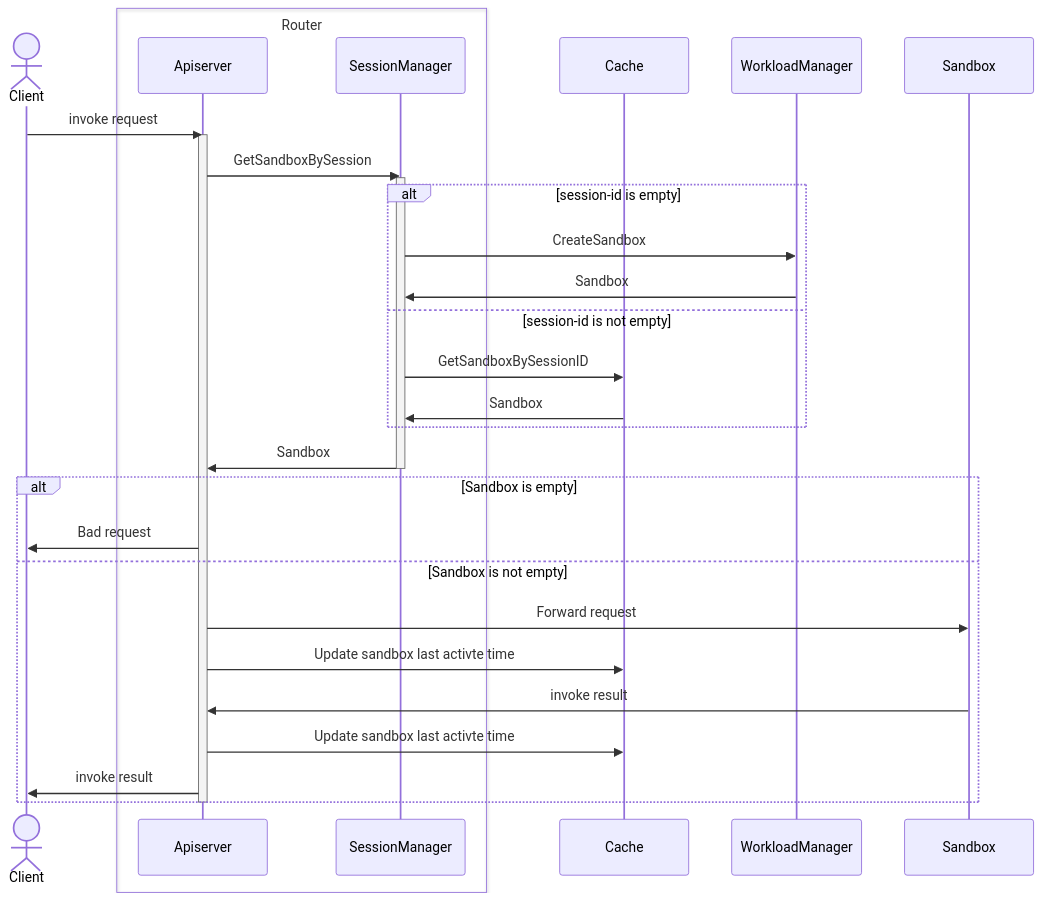
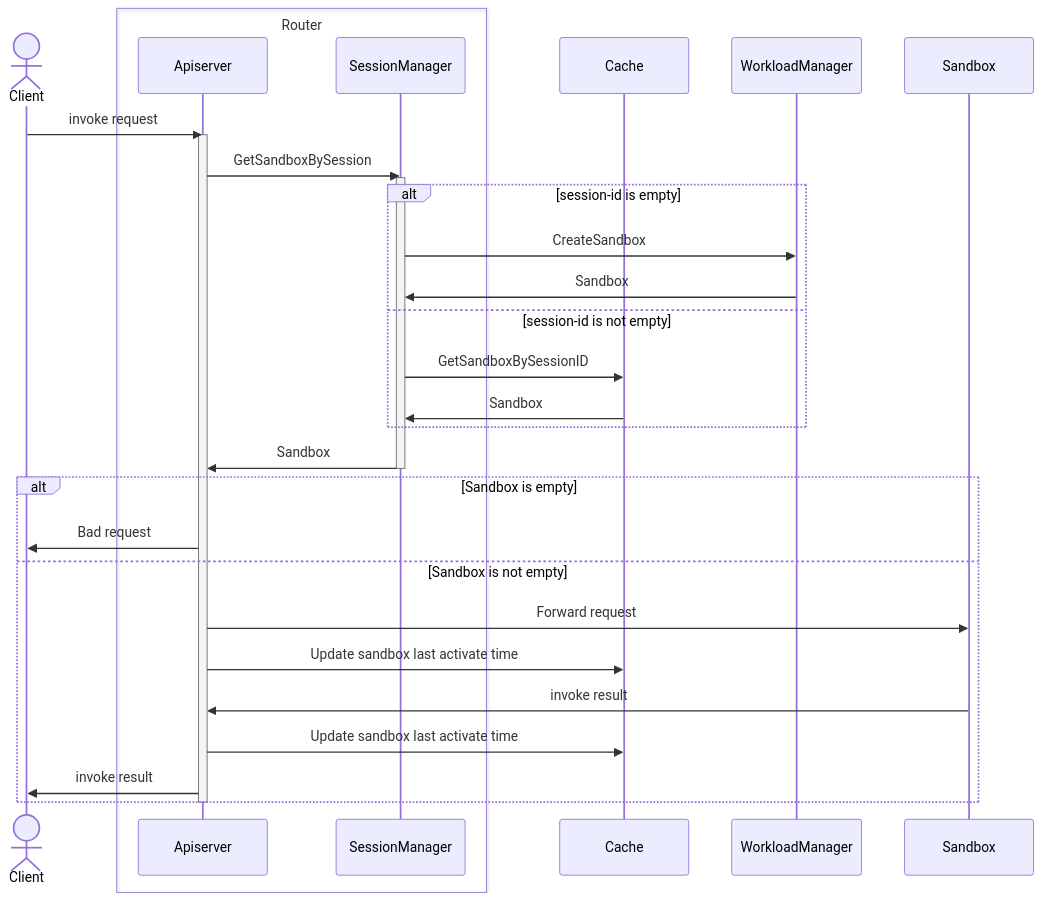
One commit to volcano-sh/agentcube changed the second of 2 diagrams in docs/design/router-proposal.md. Above: the diagram before and after it, drawn with Mermaid.

Commit message:
fix: typo issue in router-proposal

````diff
--- a/docs/design/router-proposal.md
+++ b/docs/design/router-proposal.md
@@ -40,36 +40,36 @@
 ```mermaid
 sequenceDiagram
     actor Client
     box Router
     participant Apiserver
     participant SessionManager
     end
     participant Cache
     participant WorkloadManager
     participant Sandbox
  
     Client->>Apiserver: invoke request
     activate Apiserver
     Apiserver->>SessionManager: GetSandboxBySession
     activate SessionManager
     alt session-id is empty
         SessionManager->>WorkloadManager: CreateSandbox
         WorkloadManager->>SessionManager: Sandbox
     else session-id is not empty
         SessionManager->>Cache: GetSandboxBySessionID
         Cache->>SessionManager: Sandbox
     end
     SessionManager->>Apiserver: Sandbox
     deactivate SessionManager
         
     alt Sandbox is empty
         Apiserver->>Client: Bad request
     else Sandbox is not empty
         Apiserver->>Sandbox: Forward request
-        Apiserver->>Cache: Update sandbox last activte time
+        Apiserver->>Cache: Update sandbox last activate time
         Sandbox->>Apiserver: invoke result
-        Apiserver->>Cache: Update sandbox last activte time
+        Apiserver->>Cache: Update sandbox last activate time
         Apiserver->>Client: invoke result
     end
     deactivate Apiserver
 ```
````
